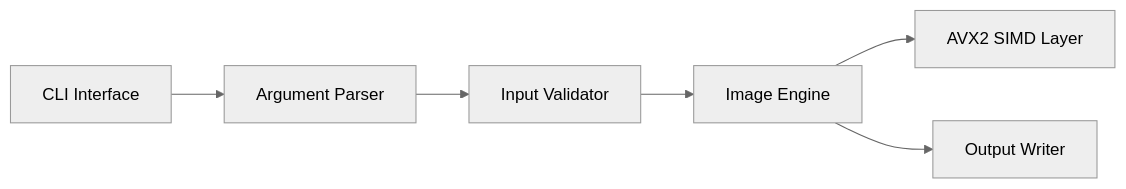
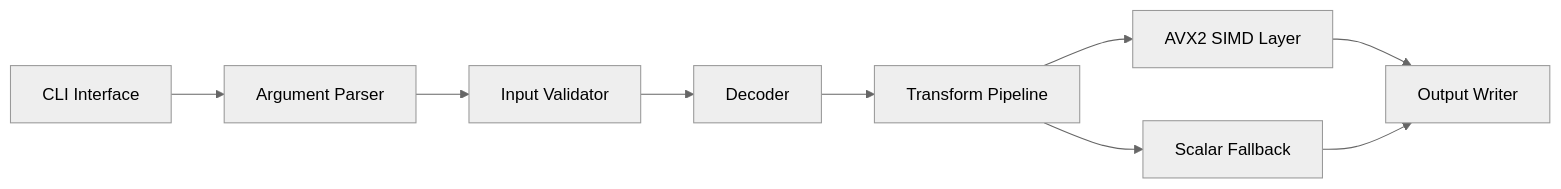
One commit to Rofikali/Portfolio-Rofik changed the first of 3 diagrams in portfolio/src/content/projects/imgengine.md. Above: the diagram before and after it, drawn with Mermaid (neutral theme). The commit also changed other lines of this file and 27 other files, not shown here.

````diff
--- a/portfolio/src/content/projects/imgengine.md
+++ b/portfolio/src/content/projects/imgengine.md
@@ -61,8 +33,11 @@
 ```mermaid
 flowchart LR
   CLI[CLI Interface] --> Parser[Argument Parser]
   Parser --> Validator[Input Validator]
-  Validator --> Engine[Image Engine]
-  Engine --> SIMD[AVX2 SIMD Layer]
-  Engine --> Writer[Output Writer]
+  Validator --> Decoder[Decoder]
+  Decoder --> Pipeline[Transform Pipeline]
+  Pipeline --> SIMD[AVX2 SIMD Layer]
+  Pipeline --> Scalar[Scalar Fallback]
+  SIMD --> Writer[Output Writer]
+  Scalar --> Writer
 ```
````
